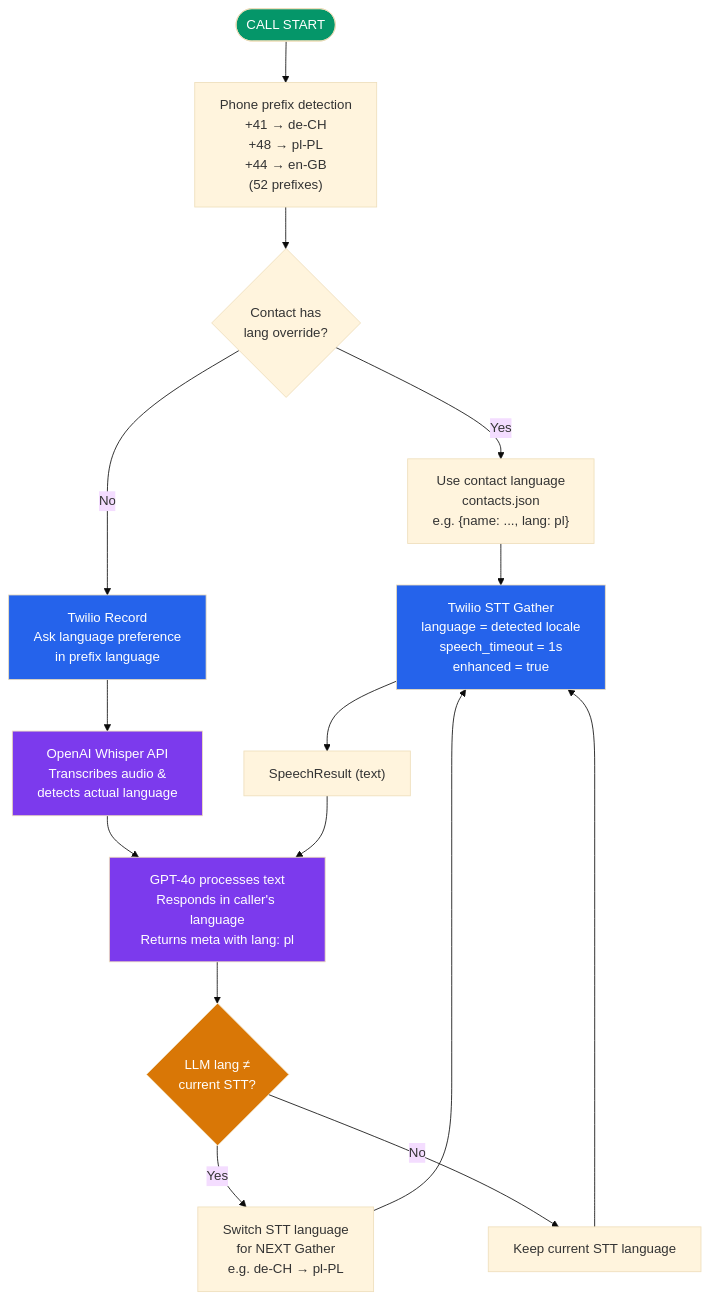
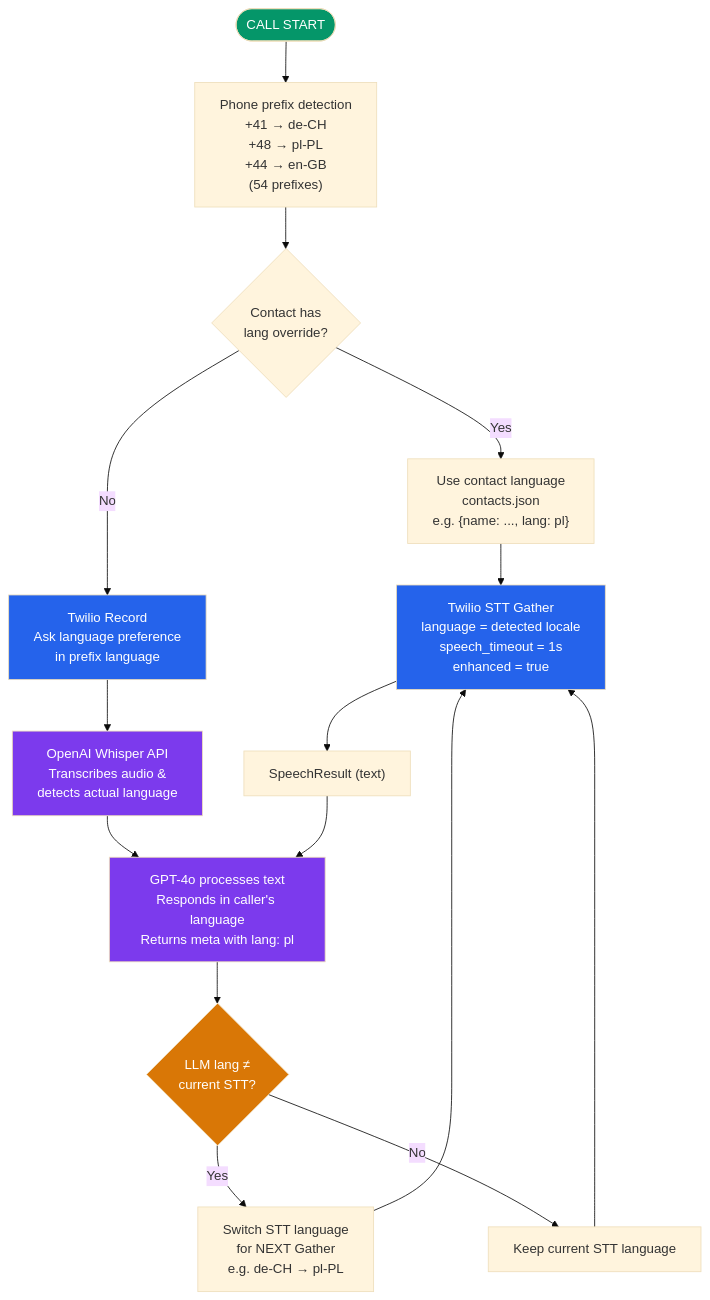
One commit to dzaczek/ava changed the third of 7 diagrams in README.md. Above: the diagram before and after it, drawn with Mermaid (base theme). The commit also changed other lines of this file and 3 other files, not shown here.

First line of the commit message:
docs: Sync ROADMAP.md, README.md, and INSTALL guides with recent code changes

````diff
--- a/README.md
+++ b/README.md
@@ -186,32 +186,32 @@
 ```mermaid
 flowchart TD
-    Start([CALL START]) --> Prefix["Phone prefix detection<br/>+41 → de-CH<br/>+48 → pl-PL<br/>+44 → en-GB<br/>(52 prefixes)"]
+    Start([CALL START]) --> Prefix["Phone prefix detection<br/>+41 → de-CH<br/>+48 → pl-PL<br/>+44 → en-GB<br/>(54 prefixes)"]
 
     Prefix --> ContactCheck{Contact has<br/>lang override?}
     ContactCheck -->|Yes| ContactLang["Use contact language<br/>contacts.json<br/>e.g. {name: ..., lang: pl}"]
     ContactCheck -->|No| Record["Twilio Record<br/>Ask language preference<br/>in prefix language"]
 
     ContactLang --> Gather
     Record --> Whisper["OpenAI Whisper API<br/>Transcribes audio &<br/>detects actual language"]
 
     Whisper --> GPT
 
     Gather["Twilio STT Gather<br/>language = detected locale<br/>speech_timeout = 1s<br/>enhanced = true"]
 
     Gather --> Speech["SpeechResult (text)"]
     Speech --> GPT["GPT-4o processes text<br/>Responds in caller's language<br/>Returns meta with lang: pl"]
 
     GPT --> Switch{LLM lang ≠<br/>current STT?}
     Switch -->|Yes| Update["Switch STT language<br/>for NEXT Gather<br/>e.g. de-CH → pl-PL"]
     Switch -->|No| Keep["Keep current STT language"]
 
     Update --> Gather
     Keep --> Gather
 
     style Start fill:#059669,color:#fff
     style Record fill:#2563eb,color:#fff
     style Whisper fill:#7c3aed,color:#fff
     style Gather fill:#2563eb,color:#fff
     style GPT fill:#7c3aed,color:#fff
     style Switch fill:#d97706,color:#fff
 ```
````
